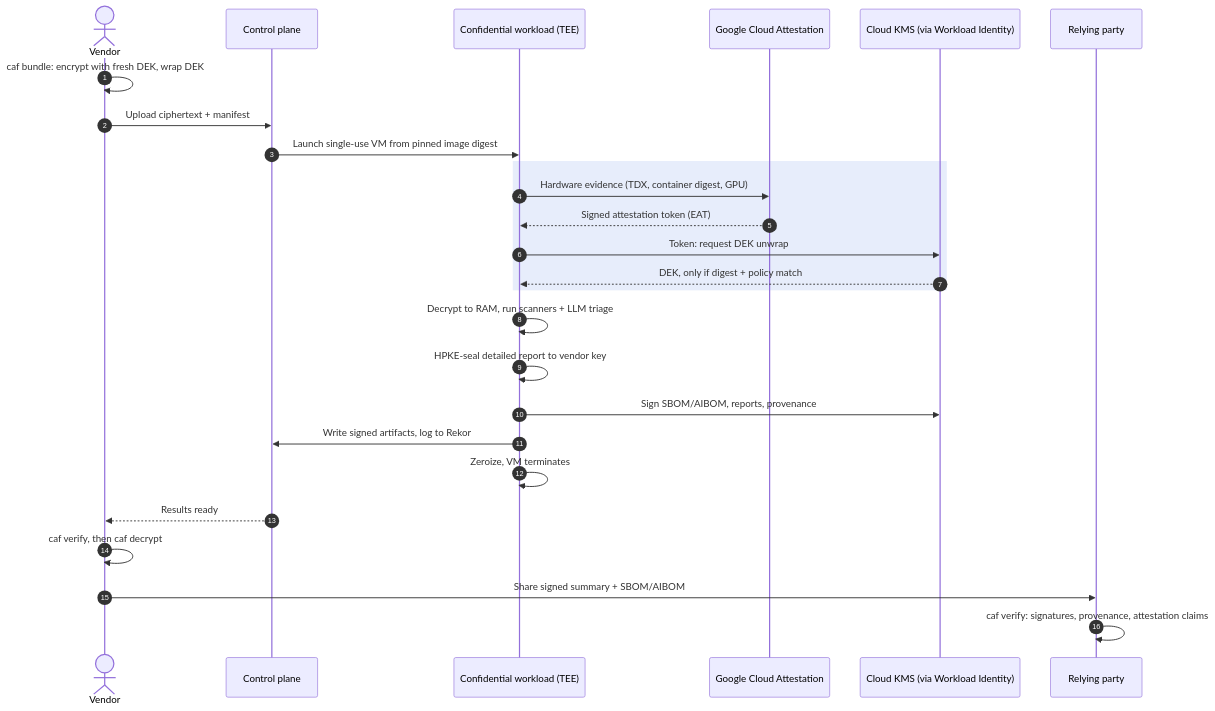
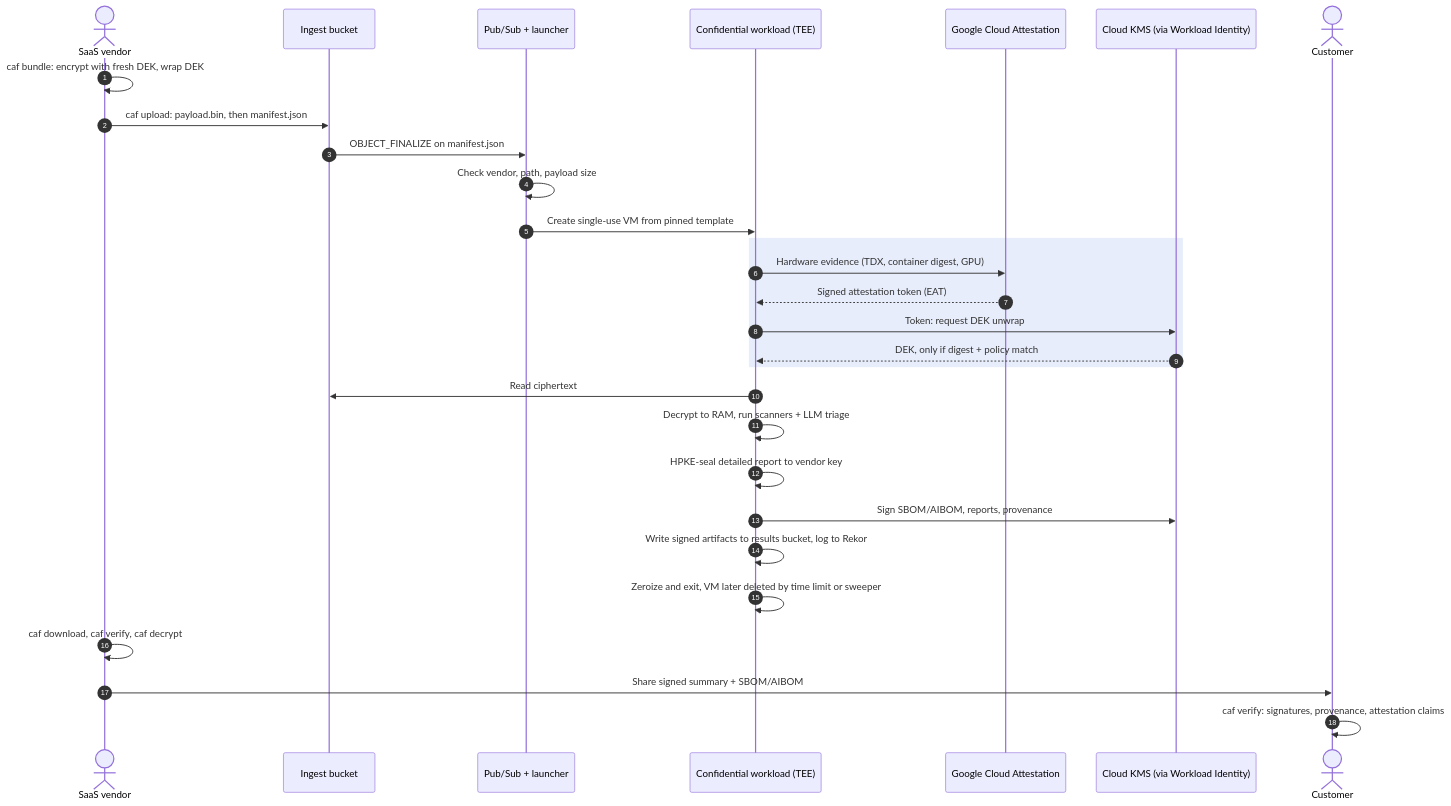
The second of 3 diagrams in docs/diagrams.md (confidential-assurance/confidential-assurance-framework), drawn with Mermaid before and after one commit. The commit also changed other lines of this file and 26 other files, not shown here.

````diff
--- a/docs/diagrams.md
+++ b/docs/diagrams.md
@@ -63,29 +67,32 @@
 ```mermaid
 sequenceDiagram
     autonumber
-    actor V as Vendor
-    participant CP as Control plane
+    actor V as SaaS vendor
+    participant B as Ingest bucket
+    participant L as Pub/Sub + launcher
     participant W as Confidential workload (TEE)
     participant A as Google Cloud Attestation
     participant K as Cloud KMS (via Workload Identity)
-    participant R as Relying party
+    actor C as Customer
 
     V->>V: caf bundle: encrypt with fresh DEK, wrap DEK
-    V->>CP: Upload ciphertext + manifest
-    CP->>W: Launch single-use VM from pinned image digest
+    V->>B: caf upload: payload.bin, then manifest.json
+    B->>L: OBJECT_FINALIZE on manifest.json
+    L->>L: Check vendor, path, payload size
+    L->>W: Create single-use VM from pinned template
     rect rgba(27, 79, 216, 0.10)
         W->>A: Hardware evidence (TDX, container digest, GPU)
         A-->>W: Signed attestation token (EAT)
         W->>K: Token: request DEK unwrap
         K-->>W: DEK, only if digest + policy match
     end
+    W->>B: Read ciphertext
     W->>W: Decrypt to RAM, run scanners + LLM triage
     W->>W: HPKE-seal detailed report to vendor key
     W->>K: Sign SBOM/AIBOM, reports, provenance
-    W->>CP: Write signed artifacts, log to Rekor
-    W->>W: Zeroize, VM terminates
-    CP-->>V: Results ready
-    V->>V: caf verify, then caf decrypt
-    V->>R: Share signed summary + SBOM/AIBOM
-    R->>R: caf verify: signatures, provenance, attestation claims
+    W->>W: Write signed artifacts to results bucket, log to Rekor
+    W->>W: Zeroize and exit, VM later deleted by time limit or sweeper
+    V->>V: caf download, caf verify, caf decrypt
+    V->>C: Share signed summary + SBOM/AIBOM
+    C->>C: caf verify: signatures, provenance, attestation claims
 ```
````
